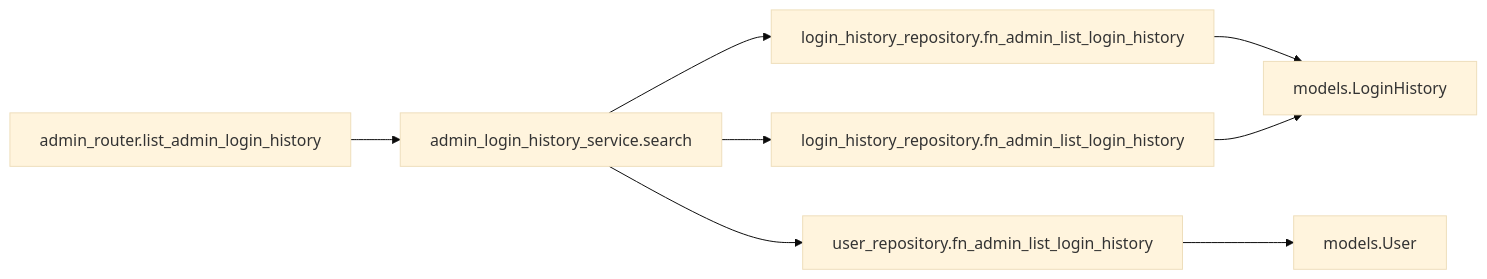
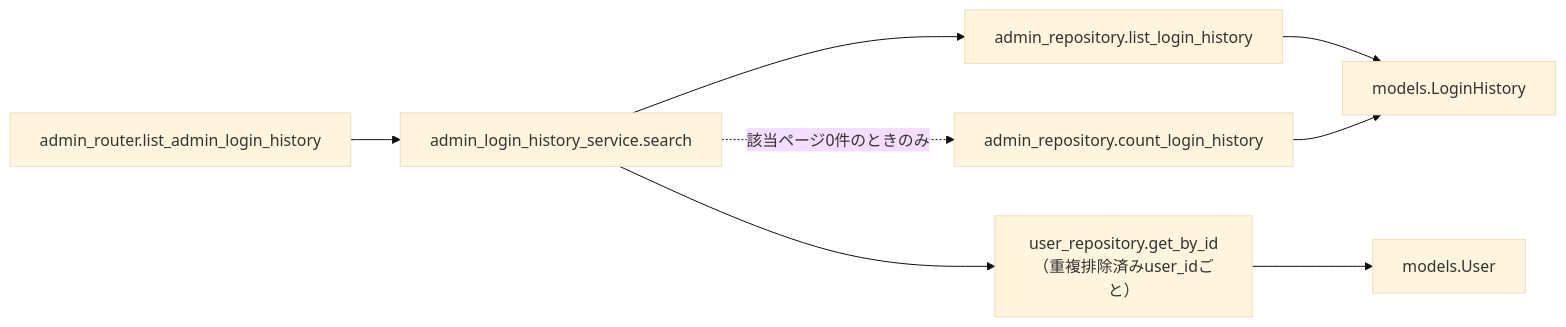
One commit to oikawa-d/task_management changed the third of 4 diagrams in docs/detailed_design/api/admin/07_get_admin_login_history.md. Above: the diagram before and after it, drawn with Mermaid (base theme). The commit also changed other lines of this file and 28 other files, not shown here.

````diff
--- a/docs/detailed_design/api/admin/07_get_admin_login_history.md
+++ b/docs/detailed_design/api/admin/07_get_admin_login_history.md
@@ -207,10 +212,10 @@
 ```mermaid
 flowchart LR
     R["admin_router.list_admin_login_history"] --> S["admin_login_history_service.search"]
-    S --> LRP1["login_history_repository.fn_admin_list_login_history"]
-    S --> LRP2["login_history_repository.fn_admin_list_login_history"]
-    S --> URP["user_repository.fn_admin_list_login_history"]
+    S --> LRP1["admin_repository.list_login_history"]
+    S -.->|"該当ページ0件のときのみ"| LRP2["admin_repository.count_login_history"]
+    S --> URP["user_repository.get_by_id（重複排除済みuser_idごと）"]
     LRP1 --> M1["models.LoginHistory"]
     LRP2 --> M1
     URP --> M2["models.User"]
 ```
````
